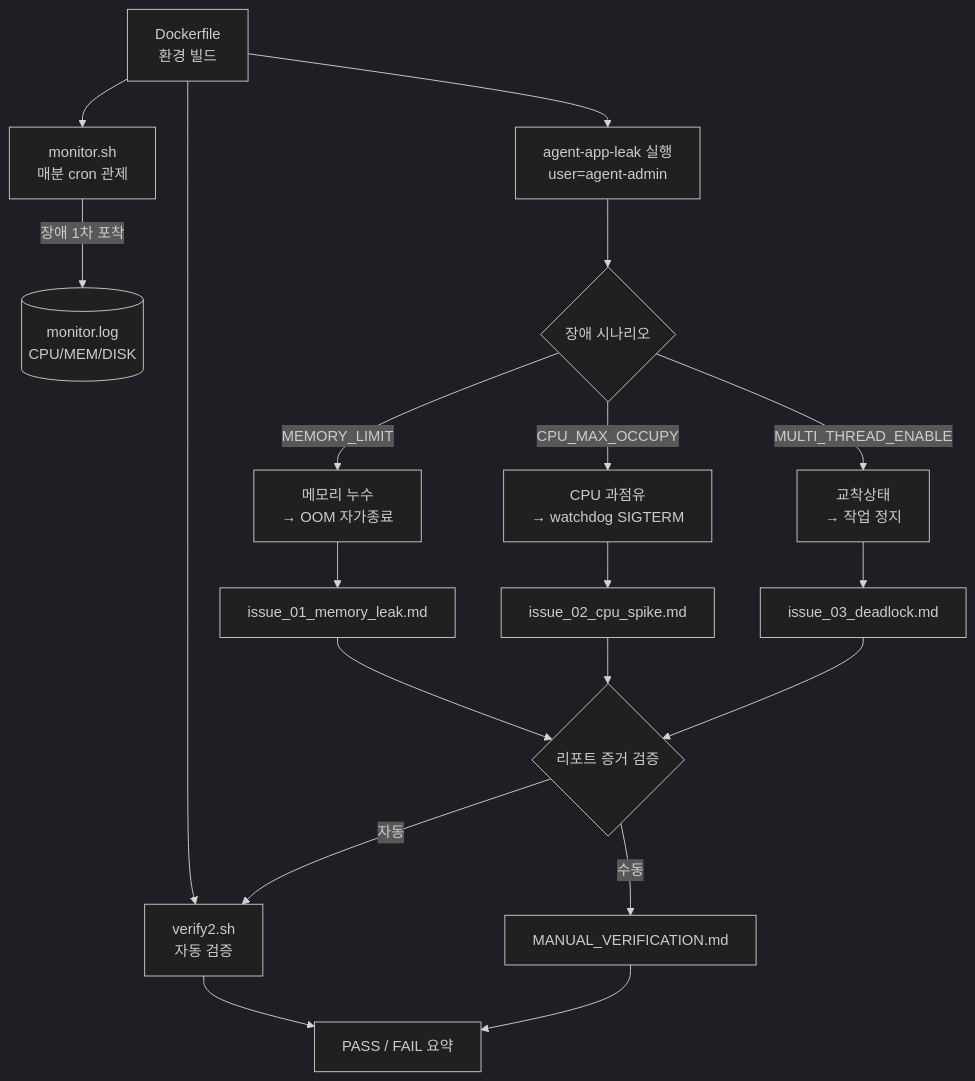
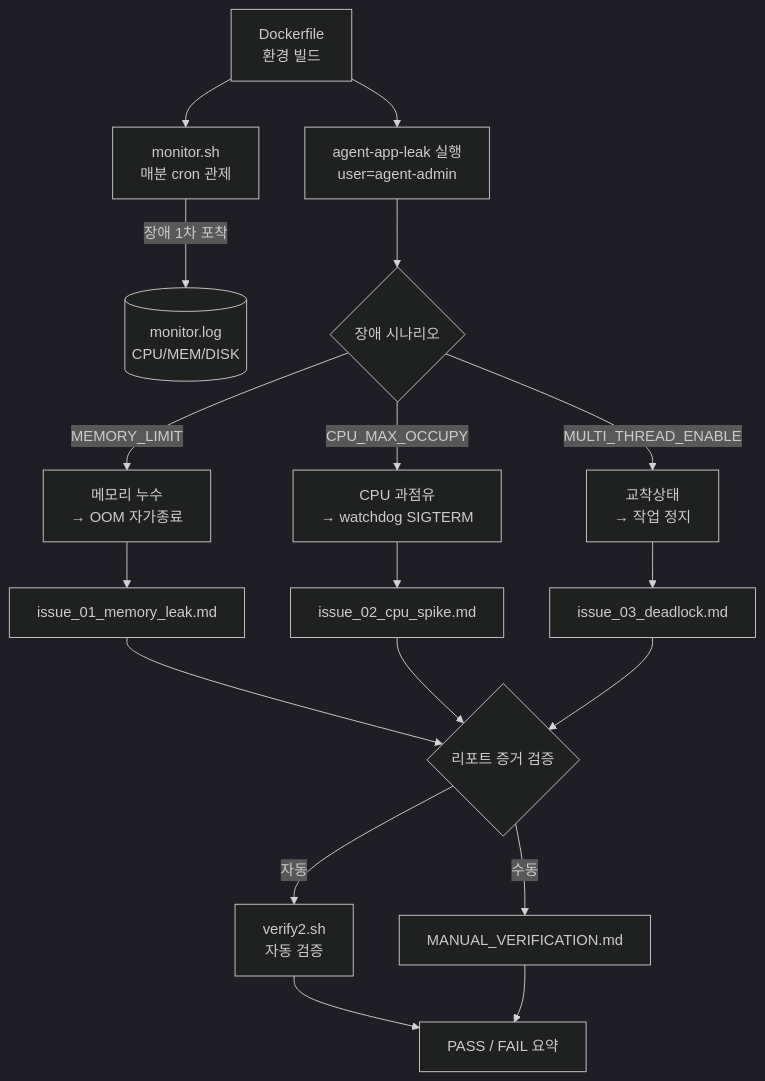
One commit to kjs83036/AI-SW-Basic-B1-2 changed the first of 2 diagrams in architecture.md. Above: the diagram before and after it, drawn with Mermaid (dark theme).

````diff
--- a/architecture.md
+++ b/architecture.md
@@ -5,23 +5,23 @@
 ```mermaid
 flowchart TD
     DF[Dockerfile<br/>환경 빌드] --> MON[monitor.sh<br/>매분 cron 관제]
-    DF --> VS[verify2.sh<br/>자동 검증]
     DF --> RUN[agent-app-leak 실행<br/>user=agent-admin]
 
     MON -->|장애 1차 포착| LOG[(monitor.log<br/>CPU/MEM/DISK)]
 
     RUN --> SC{장애 시나리오}
     SC -->|MEMORY_LIMIT| M1[메모리 누수<br/>→ OOM 자가종료]
     SC -->|CPU_MAX_OCCUPY| M2[CPU 과점유<br/>→ watchdog SIGTERM]
     SC -->|MULTI_THREAD_ENABLE| M3[교착상태<br/>→ 작업 정지]
 
     M1 --> R1[issue_01_memory_leak.md]
     M2 --> R2[issue_02_cpu_spike.md]
     M3 --> R3[issue_03_deadlock.md]
 
     R1 & R2 & R3 --> V{리포트 증거 검증}
-    V -->|자동| VS
+    V -->|자동| VS[verify2.sh<br/>자동 검증]
     V -->|수동| MV[MANUAL_VERIFICATION.md]
+    
     VS --> RESULT[PASS / FAIL 요약]
     MV --> RESULT
 ```
````
